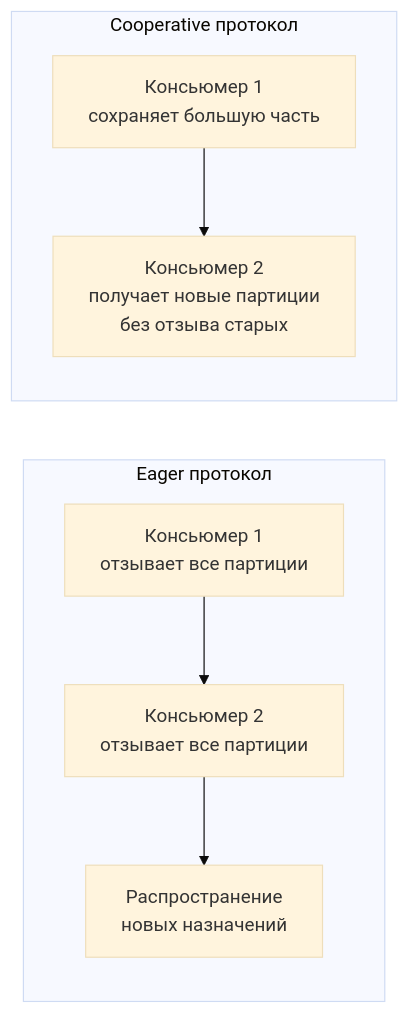
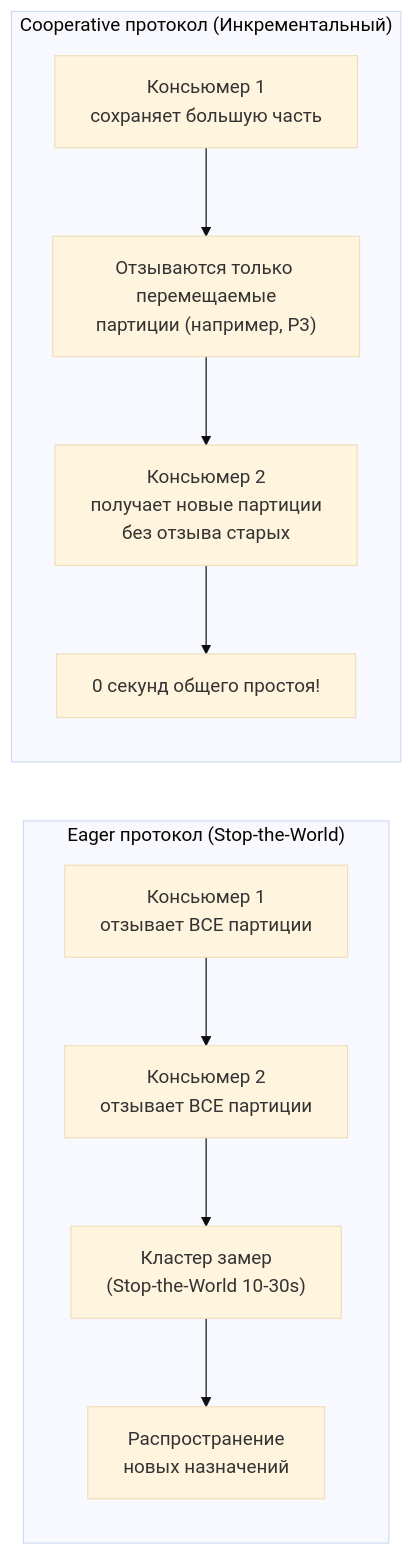
One commit to UnrealTemplier/go-textbook changed the fourth of 5 diagrams in sources/13. Очереди, брокеры сообщений и оркестраторы/03. Kafka/4. Consumer groups.md. Above: the diagram before and after it, drawn with Mermaid (base theme). The commit also changed other lines of this file, not shown here.

````diff
--- a/sources/13. Очереди, брокеры сообщений и оркестраторы/03. Kafka/4. Consumer groups.md
+++ b/sources/13. Очереди, брокеры сообщений и оркестраторы/03. Kafka/4. Consumer groups.md
@@ -86,9 +179,16 @@
 ```mermaid
 flowchart LR
-    subgraph "Eager протокол"
-        E1["Консьюмер 1<br>отзывает все партиции"] --> E2["Консьюмер 2<br>отзывает все партиции"] --> E3["Распространение<br>новых назначений"]
+    subgraph "Eager протокол (Stop-the-World)"
+        direction TB
+        E1["Консьюмер 1<br>отзывает ВСЕ партиции"] --> E2["Консьюмер 2<br>отзывает ВСЕ партиции"]
+        E2 --> E3["Кластер замер<br>(Stop-the-World 10-30s)"]
+        E3 --> E4["Распространение<br>новых назначений"]
     end
-    subgraph "Cooperative протокол"
-        C1["Консьюмер 1<br>сохраняет большую часть"] --> C2["Консьюмер 2<br>получает новые партиции<br>без отзыва старых"]
+
+    subgraph "Cooperative протокол (Инкрементальный)"
+        direction TB
+        C1["Консьюмер 1<br>сохраняет большую часть"] --> C2["Отзываются только перемещаемые<br>партиции (например, P3)"]
+        C2 --> C3["Консьюмер 2<br>получает новые партиции<br>без отзыва старых"]
+        C3 --> C4["0 секунд общего простоя!"]
     end
 ```
````
